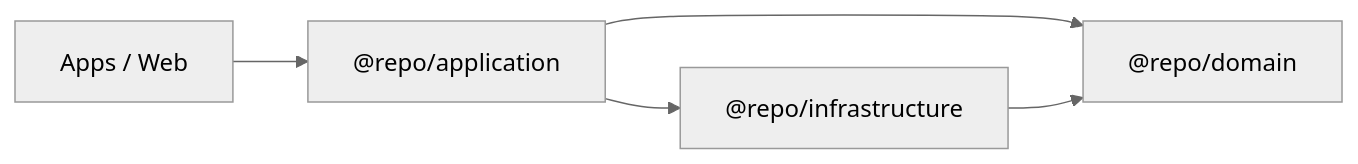
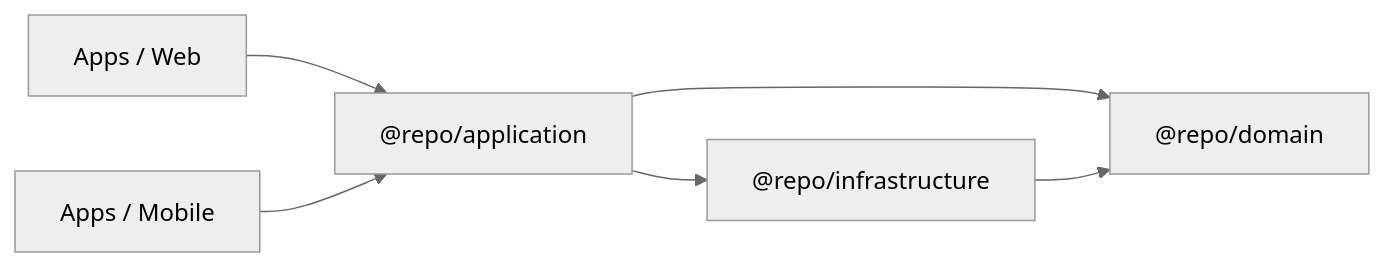
The diagram in README.md (LeoVitale/vita-product-boilerplate), drawn with Mermaid (neutral theme) before and after one commit. The commit also changed other lines of this file and 3 other files, not shown here.

First line of the commit message:
docs: add mobile app documentation

````diff
--- a/README.md
+++ b/README.md
@@ -15,7 +15,8 @@
 ```mermaid
 graph LR
     Web["Apps / Web"] --> AppPkg["@repo/application"]
+    Mobile["Apps / Mobile"] --> AppPkg
     AppPkg --> DomainPkg["@repo/domain"]
     InfraPkg["@repo/infrastructure"] --> DomainPkg
     AppPkg --> InfraPkg
 ```
````
